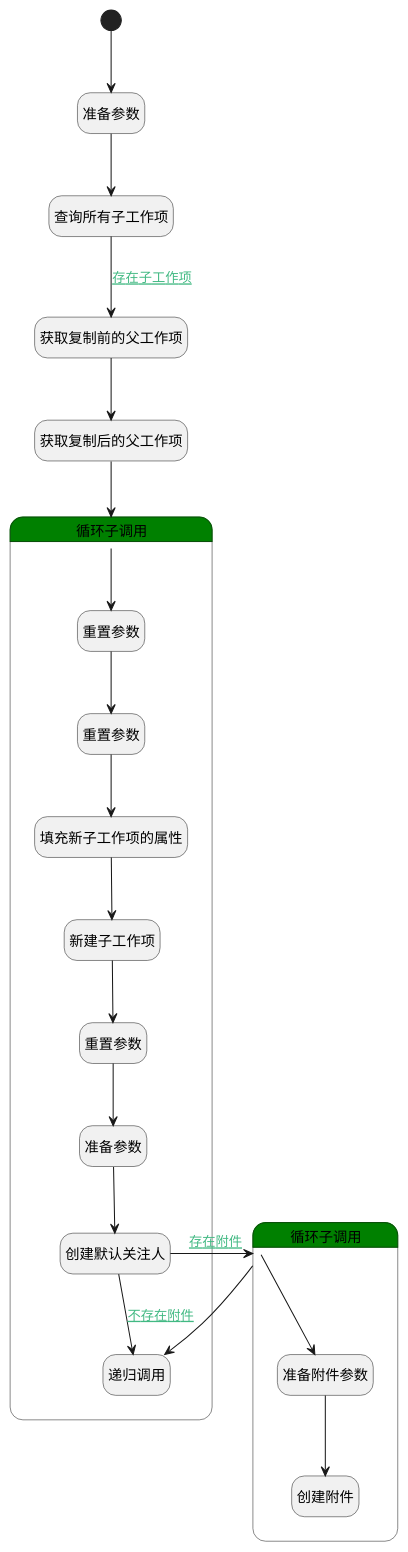
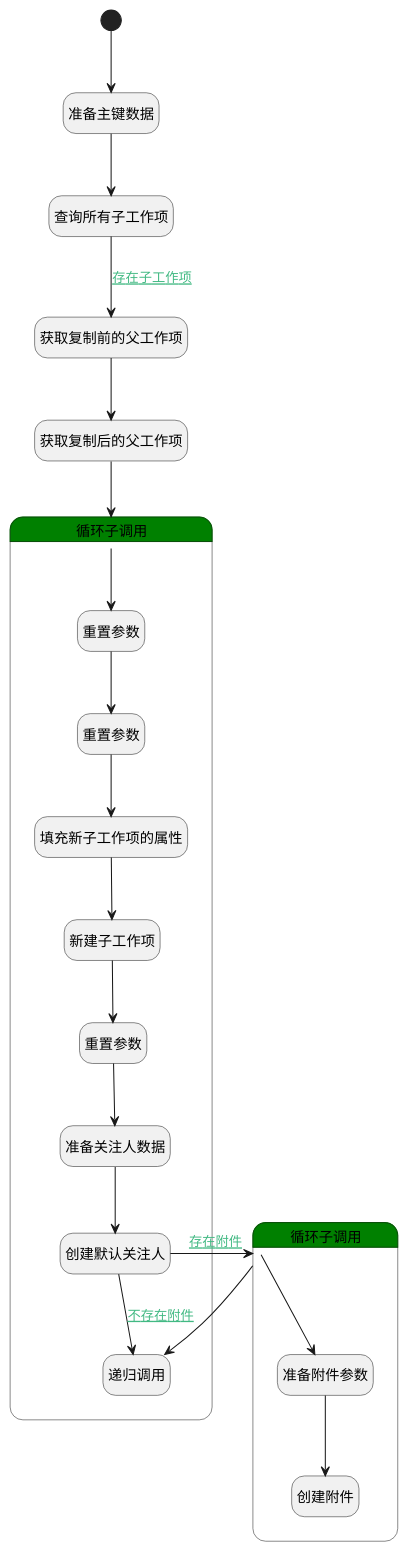
One commit to iBizLab/plm changed the diagram in doc/docsify/module/ProjMgmt/work_item/logic/copy_child_work_item.md. Above: the diagram before and after it, drawn with PlantUML. The commit also changed other lines of this file and 2688 other files, not shown here.

````diff
--- a/doc/docsify/module/ProjMgmt/work_item/logic/copy_child_work_item.md
+++ b/doc/docsify/module/ProjMgmt/work_item/logic/copy_child_work_item.md
@@ -7,52 +7,52 @@
 ```plantuml
 @startuml
 hide empty description
 <style>
 root {
   HyperlinkColor #42b983
 }
 </style>
 
 hide empty description
 state "开始" as Begin <<start>> [[$./copy_child_work_item#begin {"开始"}]]
-state "准备参数" as PREPAREPARAM1  [[$./copy_child_work_item#prepareparam1 {"准备参数"}]]
+state "准备主键数据" as PREPAREPARAM1  [[$./copy_child_work_item#prepareparam1 {"准备主键数据"}]]
 state "查询所有子工作项" as DEDATASET1  [[$./copy_child_work_item#dedataset1 {"查询所有子工作项"}]]
 state "获取复制前的父工作项" as DEACTION1  [[$./copy_child_work_item#deaction1 {"获取复制前的父工作项"}]]
 state "获取复制后的父工作项" as DEACTION2  [[$./copy_child_work_item#deaction2 {"获取复制后的父工作项"}]]
 state "循环子调用" as LOOPSUBCALL1  [[$./copy_child_work_item#loopsubcall1 {"循环子调用"}]] #green {
 state "重置参数" as RESETPARAM1  [[$./copy_child_work_item#resetparam1 {"重置参数"}]]
 state "重置参数" as RESETPARAM2  [[$./copy_child_work_item#resetparam2 {"重置参数"}]]
 state "填充新子工作项的属性" as PREPAREPARAM2  [[$./copy_child_work_item#prepareparam2 {"填充新子工作项的属性"}]]
 state "新建子工作项" as DEACTION3  [[$./copy_child_work_item#deaction3 {"新建子工作项"}]]
 state "重置参数" as RESETPARAM3  [[$./copy_child_work_item#resetparam3 {"重置参数"}]]
-state "准备参数" as PREPAREPARAM6  [[$./copy_child_work_item#prepareparam6 {"准备参数"}]]
+state "准备关注人数据" as PREPAREPARAM6  [[$./copy_child_work_item#prepareparam6 {"准备关注人数据"}]]
 state "创建默认关注人" as DEACTION5  [[$./copy_child_work_item#deaction5 {"创建默认关注人"}]]
 state "递归调用" as DELOGIC1  [[$./copy_child_work_item#delogic1 {"递归调用"}]]
 }
 state "循环子调用" as LOOPSUBCALL2  [[$./copy_child_work_item#loopsubcall2 {"循环子调用"}]] #green {
 state "准备附件参数" as PREPAREPARAM5  [[$./copy_child_work_item#prepareparam5 {"准备附件参数"}]]
 state "创建附件" as DEACTION4  [[$./copy_child_work_item#deaction4 {"创建附件"}]]
 }
 
 
 Begin --> PREPAREPARAM1
 PREPAREPARAM1 --> DEDATASET1
 DEDATASET1 --> DEACTION1 : [[$./copy_child_work_item#dedataset1-deaction1{存在子工作项} 存在子工作项]]
 DEACTION1 --> DEACTION2
 DEACTION2 --> LOOPSUBCALL1
 LOOPSUBCALL1 --> RESETPARAM1
 RESETPARAM1 --> RESETPARAM2
 RESETPARAM2 --> PREPAREPARAM2
 PREPAREPARAM2 --> DEACTION3
 DEACTION3 --> RESETPARAM3
 RESETPARAM3 --> PREPAREPARAM6
 PREPAREPARAM6 --> DEACTION5
 DEACTION5 --> LOOPSUBCALL2 : [[$./copy_child_work_item#deaction5-loopsubcall2{存在附件} 存在附件]]
 LOOPSUBCALL2 --> PREPAREPARAM5
 PREPAREPARAM5 --> DEACTION4
 LOOPSUBCALL2 --> DELOGIC1
 DEACTION5 --> DELOGIC1 : [[$./copy_child_work_item#deaction5-delogic1{不存在附件} 不存在附件]]
 
 
 @enduml
 ```
````
